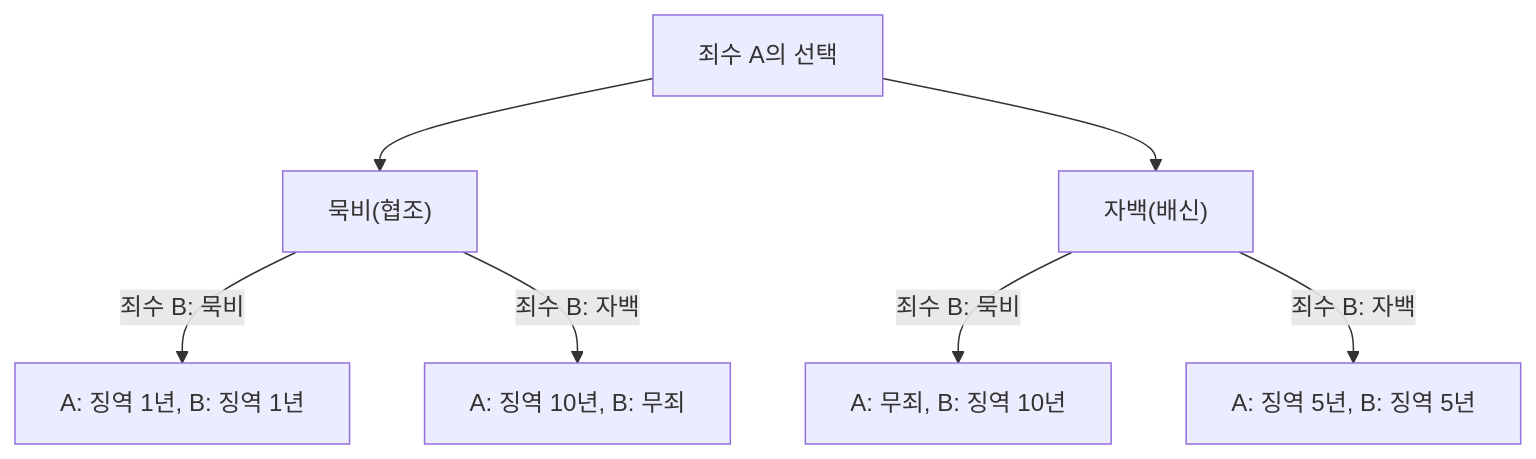
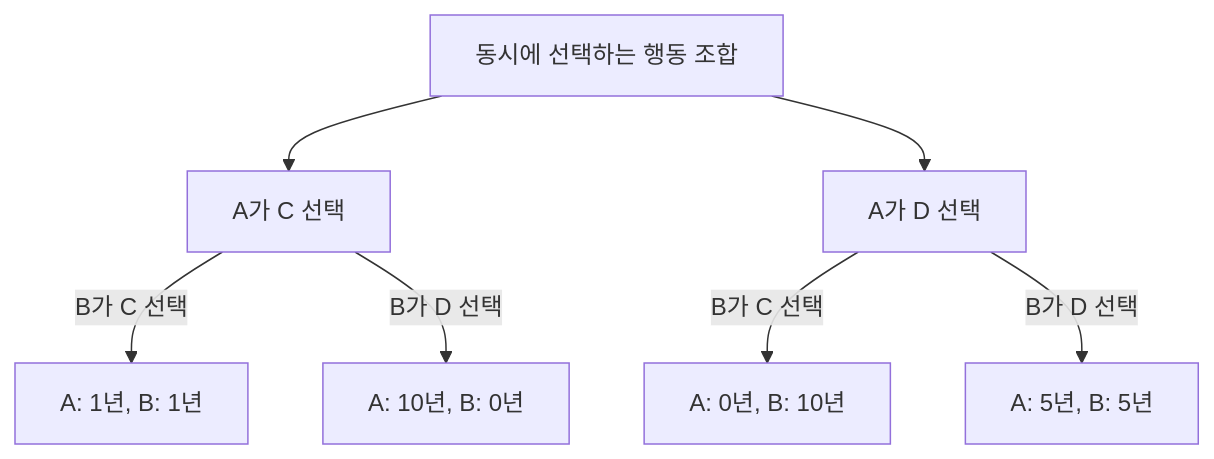
Before and after one commit to kenjinote/blog: the first of 2 diagrams in content/post/paradox-prisoners-dilemma/index.ko.md, drawn with Mermaid. The commit also changed other lines of this file and 9 other files, not shown here.

````diff
--- a/content/post/paradox-prisoners-dilemma/index.ko.md
+++ b/content/post/paradox-prisoners-dilemma/index.ko.md
@@ -38,12 +35,9 @@
 ```mermaid
 graph TD
-    A["죄수 A의 선택"]
-    B["묵비(협조)"]
-    C["자백(배신)"]
-    A --> B
-    A --> C
-    B -- "죄수 B: 묵비" --> D["A: 징역 1년, B: 징역 1년"]
-    B -- "죄수 B: 자백" --> E["A: 징역 10년, B: 무죄"]
-    C -- "죄수 B: 묵비" --> F["A: 무죄, B: 징역 10년"]
-    C -- "죄수 B: 자백" --> G["A: 징역 5년, B: 징역 5년"]
+    Start["동시에 선택하는 행동 조합"] --> AC["A가 C 선택"]
+    Start --> AD["A가 D 선택"]
+    AC -->|"B가 C 선택"| CC["A: 1년, B: 1년"]
+    AC -->|"B가 D 선택"| CD["A: 10년, B: 0년"]
+    AD -->|"B가 C 선택"| DC["A: 0년, B: 10년"]
+    AD -->|"B가 D 선택"| DD["A: 5년, B: 5년"]
 ```
````
